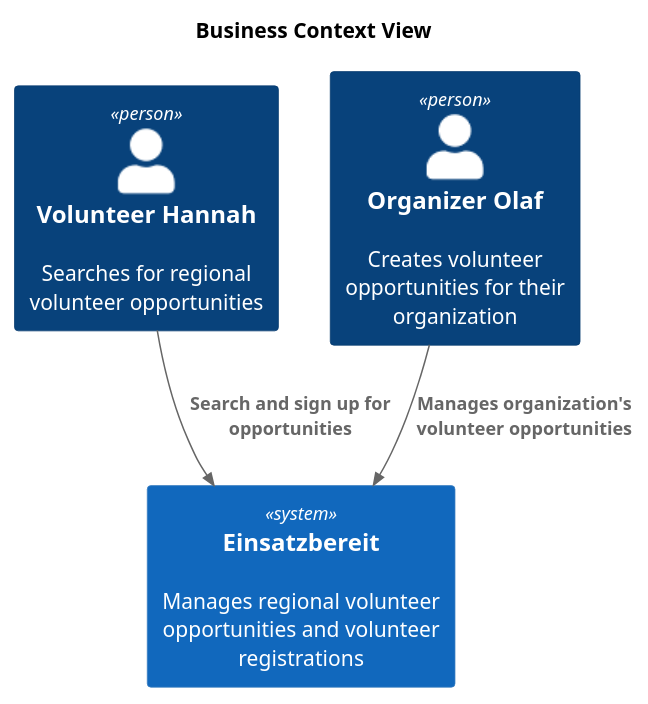
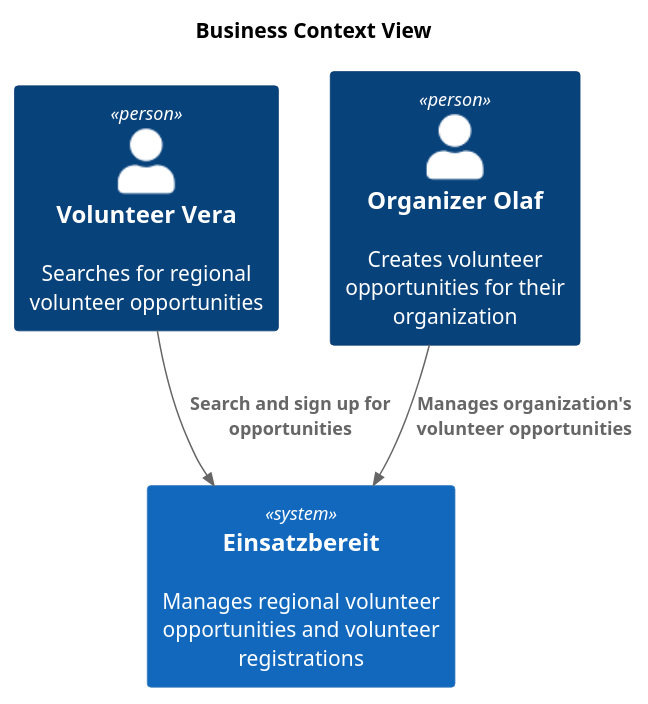
Before and after one commit to maik-hasler/einsatzbereit: the diagram in docs/Architecture/images/business-context.puml, drawn with PlantUML. The commit also changed 25 other files, not shown here.

Commit message:
docs: clean up German artifacts and update volunteer persona to Vera (#166)

```diff
--- a/docs/Architecture/images/business-context.puml
+++ b/docs/Architecture/images/business-context.puml
@@ -1,15 +1,15 @@
 @startuml Business Context
 
 !include <C4/C4_Context>
 
 title Business Context View
 
-Person(volunteer, "Volunteer Hannah", "Searches for regional volunteer opportunities")
+Person(volunteer, "Volunteer Vera", "Searches for regional volunteer opportunities")
 Person(organizer, "Organizer Olaf", "Creates volunteer opportunities for their organization")
 
 System(einsatzbereit, "Einsatzbereit", "Manages regional volunteer opportunities and volunteer registrations")
 
 Rel(volunteer, einsatzbereit, "Search and sign up for opportunities")
 Rel(organizer, einsatzbereit, "Manages organization's volunteer opportunities")
 
 @enduml
```
